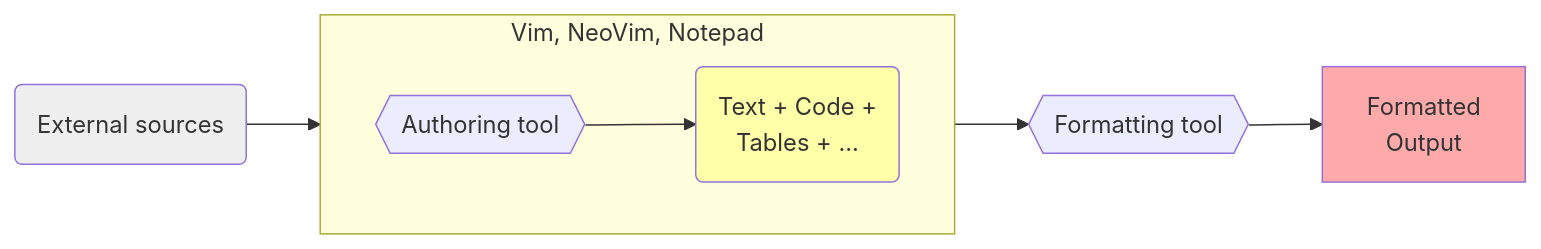
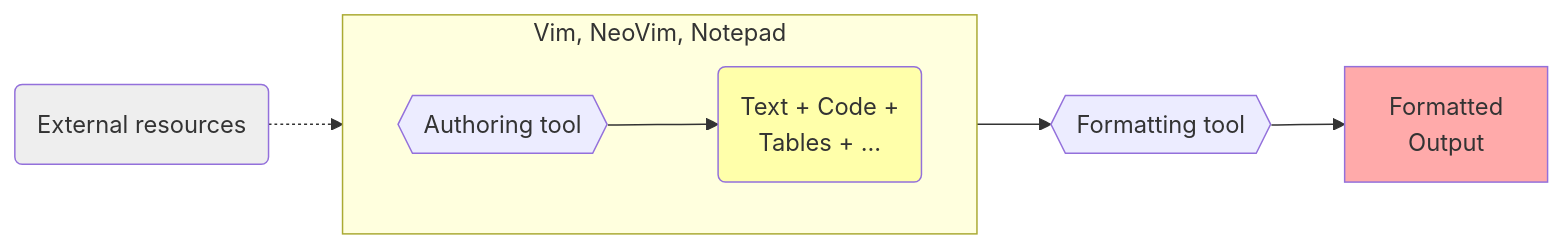
Before and after one commit to TAILOR-UoB/new_ways_of_publishing: the diagram in booksource/introduction/authoring-tools.md, drawn with Mermaid. The commit also changed other lines of this file and 4 other files, not shown here.

````diff
--- a/booksource/introduction/authoring-tools.md
+++ b/booksource/introduction/authoring-tools.md
@@ -65,14 +41,14 @@
 ```{mermaid}
 flowchart LR
   
-    E1("External sources"):::external --> A1
+    E1("External resources"):::external -.-> A1
     subgraph "Vim, NeoVim, Notepad" 
       direction LR
       A1{{"Authoring tool"}} --> I1("Text + Code +\nTables + ..."):::input
     end
     I1 --> P1{{"Formatting tool"}}
     P1 --> O1["Formatted\nOutput"]:::output
     classDef external fill:#eee;
     classDef input fill:#ffa;
     classDef output fill:#faa;
 ```
````
